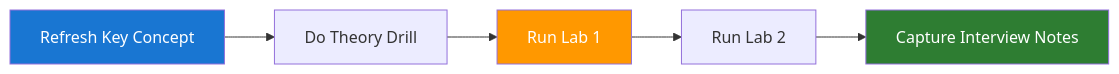
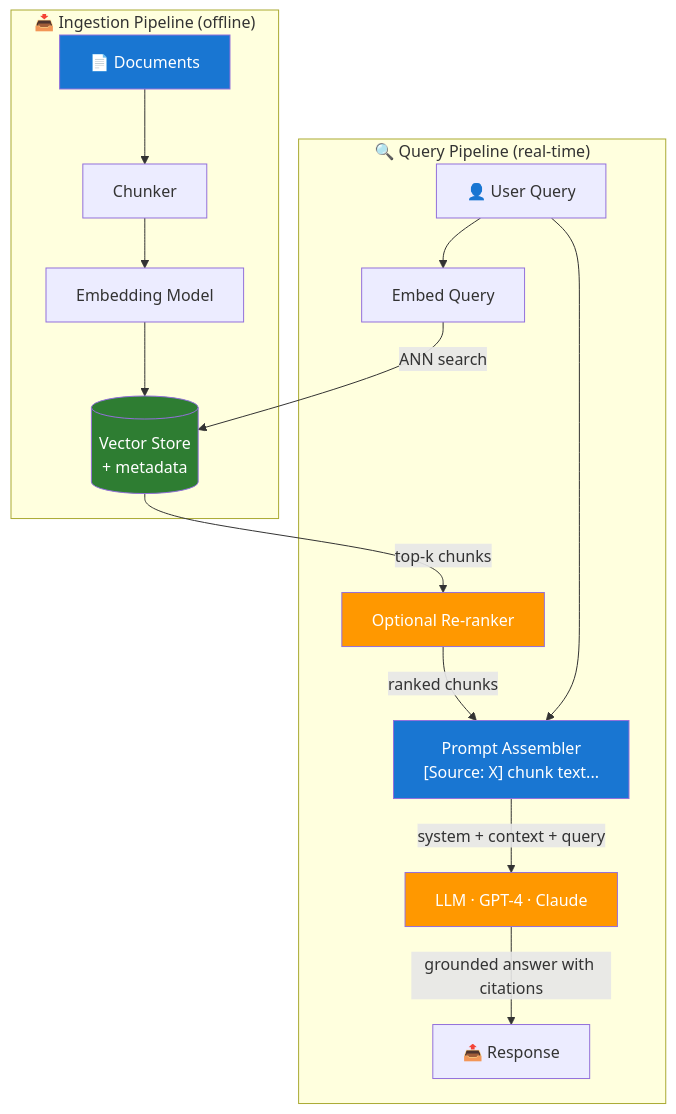
Before and after one commit to nitinkc/AI-Engineering-Learning: the diagram in docs/01-foundations/learning-revision-plan/week-01/day-04-rag-architecture-and-citation-grounding.md, drawn with Mermaid. The commit also changed other lines of this file and 48 other files, not shown here.

````diff
--- a/docs/01-foundations/learning-revision-plan/week-01/day-04-rag-architecture-and-citation-grounding.md
+++ b/docs/01-foundations/learning-revision-plan/week-01/day-04-rag-architecture-and-citation-grounding.md
@@ -58,11 +129,24 @@
 ```mermaid
-graph LR
-    A["Refresh Key Concept"] --> B["Do Theory Drill"]
-    B --> C["Run Lab 1"]
-    C --> D["Run Lab 2"]
-    D --> E["Capture Interview Notes"]
+graph TB
+    subgraph INGEST["📥 Ingestion Pipeline (offline)"]
+        D["📄 Documents"] --> C["Chunker"]
+        C --> E["Embedding Model"]
+        E --> VS[("Vector Store\n+ metadata")]
+    end
 
-    style A fill:#1976d2,color:#fff
-    style C fill:#ff9800,color:#fff
-    style E fill:#2e7d32,color:#fff
+    subgraph QUERY["🔍 Query Pipeline (real-time)"]
+        Q["👤 User Query"] --> QE["Embed Query"]
+        QE -->|"ANN search"| VS
+        VS -->|"top-k chunks"| RR["Optional Re-ranker"]
+        RR -->|"ranked chunks"| PA["Prompt Assembler\n[Source: X] chunk text..."]
+        Q --> PA
+        PA -->|"system + context + query"| LLM["LLM · GPT-4 · Claude"]
+        LLM -->|"grounded answer with citations"| OUT["📤 Response"]
+    end
+
+    style D fill:#1976d2,color:#fff
+    style VS fill:#2e7d32,color:#fff
+    style LLM fill:#ff9800,color:#fff
+    style PA fill:#1976d2,color:#fff
+    style RR fill:#ff9800,color:#fff
 ```
````
